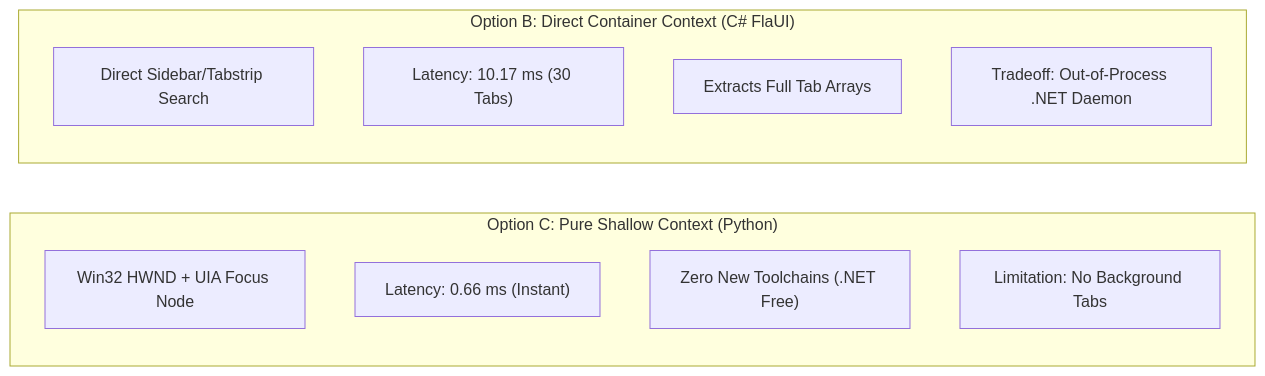
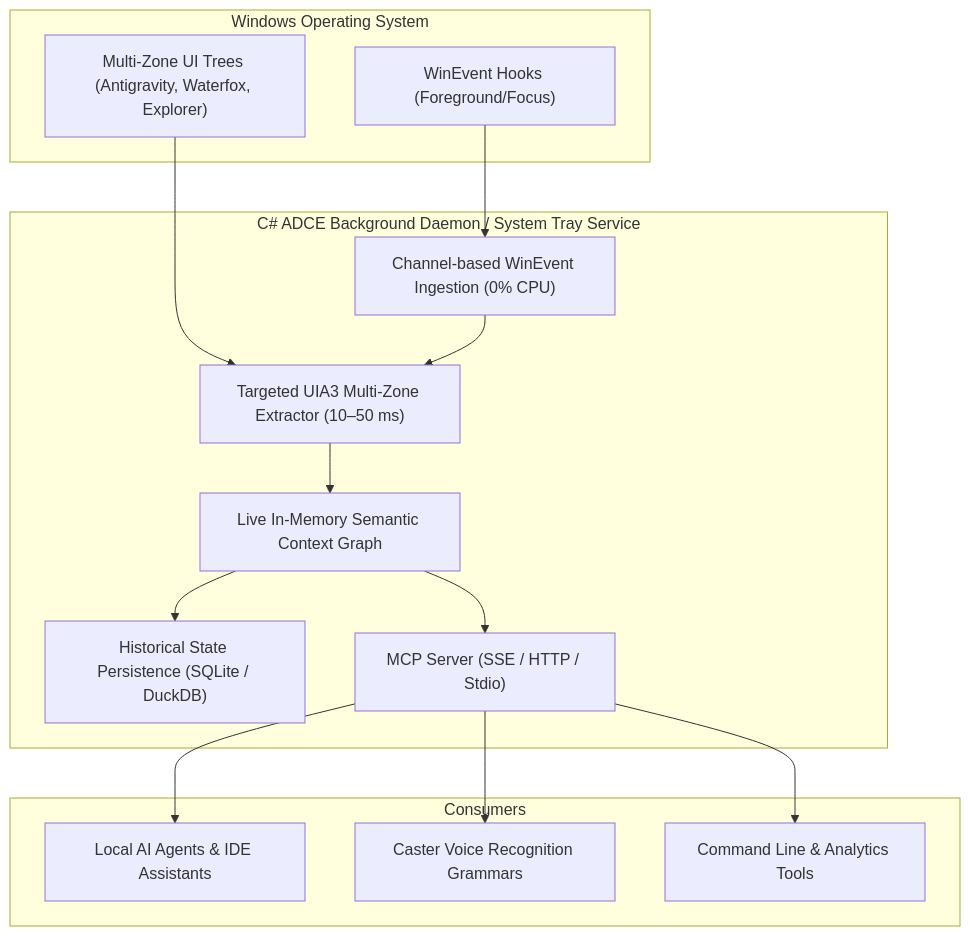
The diagram in docs/accessibility_mcp/016_micro_spike_2_win32_shallow_python_telemetry.md (amirf147/caster-user-directory-and-notes), drawn with Mermaid before and after one commit. The commit also changed other lines of this file and 1 other file, not shown here.

Commit message:
docs(accessibility-mcp): update micro-spike 2 synthesis and codify commit policy
Re-evaluate Gate 3 conclusions to establish the always-on C# ADCE daemon as the primary desktop observer and persistence layer, and formalize autonomous commit constraints in workspace rules.

- Update Doc 016 architectural verdict diagram and synthesis to position C# ADCE as the startup tray daemon with MCP streaming and historical database support
- Add explicit version control constraint to .agents/AGENTS.md prohibiting autonomous git commit or push commands

````diff
--- a/docs/accessibility_mcp/016_micro_spike_2_win32_shallow_python_telemetry.md
+++ b/docs/accessibility_mcp/016_micro_spike_2_win32_shallow_python_telemetry.md
@@ -84,16 +84,31 @@
 ```mermaid
-graph LR
-    subgraph OptionC ["Option C: Pure Shallow Context (Python)"]
-        C1["Win32 HWND + UIA Focus Node"]
-        C2["Latency: 0.66 ms (Instant)"]
-        C3["Zero New Toolchains (.NET Free)"]
-        C4["Limitation: No Background Tabs"]
+graph TD
+    subgraph OS ["Windows Operating System"]
+        W1["WinEvent Hooks (Foreground/Focus)"]
+        W2["Multi-Zone UI Trees (Antigravity, Waterfox, Explorer)"]
     end
 
-    subgraph OptionB ["Option B: Direct Container Context (C# FlaUI)"]
-        B1["Direct Sidebar/Tabstrip Search"]
-        B2["Latency: 10.17 ms (30 Tabs)"]
-        B3["Extracts Full Tab Arrays"]
-        B4["Tradeoff: Out-of-Process .NET Daemon"]
+    subgraph ADCE ["C# ADCE Background Daemon / System Tray Service"]
+        A1["Channel-based WinEvent Ingestion (0% CPU)"]
+        A2["Targeted UIA3 Multi-Zone Extractor (10–50 ms)"]
+        A3["Live In-Memory Semantic Context Graph"]
+        A4["Historical State Persistence (SQLite / DuckDB)"]
+        A5["MCP Server (SSE / HTTP / Stdio)"]
     end
+
+    subgraph Consumers ["Consumers"]
+        C1["Local AI Agents & IDE Assistants"]
+        C2["Caster Voice Recognition Grammars"]
+        C3["Command Line & Analytics Tools"]
+    end
+
+    W1 --> A1
+    W2 --> A2
+    A1 --> A2
+    A2 --> A3
+    A3 --> A4
+    A3 --> A5
+    A5 --> C1
+    A5 --> C2
+    A5 --> C3
 ```
````
